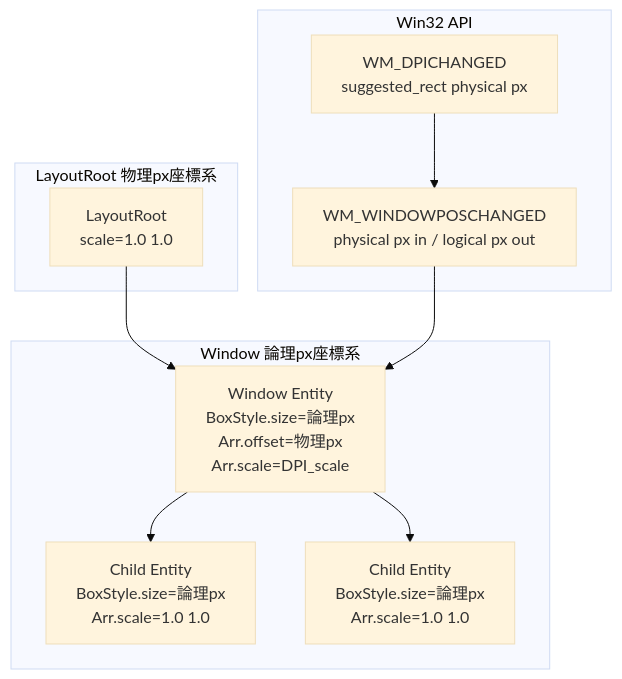
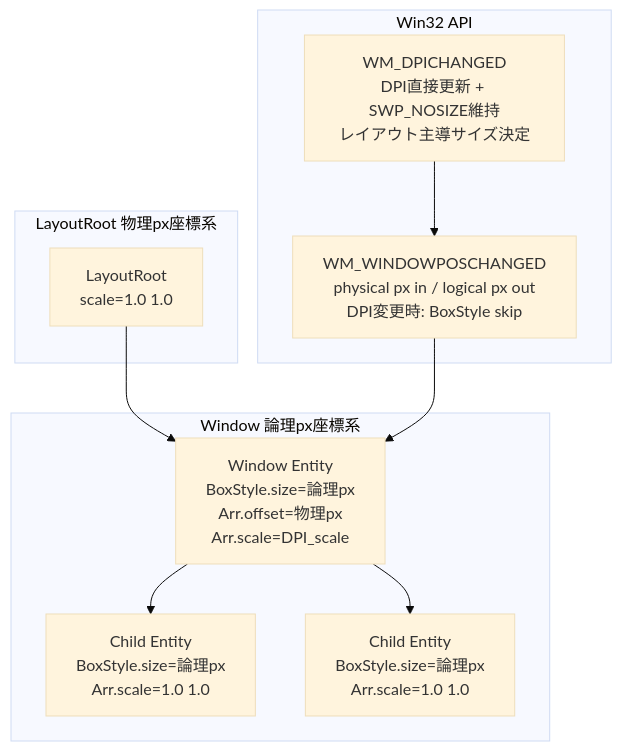
The first of 2 diagrams in .kiro/specs/wintf-dpi-aware-layout/design.md (ekicyou/areka), drawn with Mermaid (base theme) before and after one commit. The commit also changed other lines of this file and 1 other file, not shown here.

````diff
--- a/.kiro/specs/wintf-dpi-aware-layout/design.md
+++ b/.kiro/specs/wintf-dpi-aware-layout/design.md
@@ -46,24 +46,24 @@
 ```mermaid
 graph TB
     subgraph LayoutRoot_PhysicalPx[LayoutRoot 物理px座標系]
         LR[LayoutRoot<br>scale=1.0 1.0]
     end
 
     subgraph Window_LogicalPx[Window 論理px座標系]
         W[Window Entity<br>BoxStyle.size=論理px<br>Arr.offset=物理px<br>Arr.scale=DPI_scale]
         C1[Child Entity<br>BoxStyle.size=論理px<br>Arr.scale=1.0 1.0]
         C2[Child Entity<br>BoxStyle.size=論理px<br>Arr.scale=1.0 1.0]
     end
 
     LR --> W
     W --> C1
     W --> C2
 
     subgraph Win32API[Win32 API]
-        WPC[WM_WINDOWPOSCHANGED<br>physical px in / logical px out]
-        WDC[WM_DPICHANGED<br>suggested_rect physical px]
+        WPC[WM_WINDOWPOSCHANGED<br>physical px in / logical px out<br>DPI変更時: BoxStyle skip]
+        WDC[WM_DPICHANGED<br>DPI直接更新 + SWP_NOSIZE維持<br>レイアウト主導サイズ決定]
     end
 
     WPC --> W
     WDC --> WPC
 ```
````
